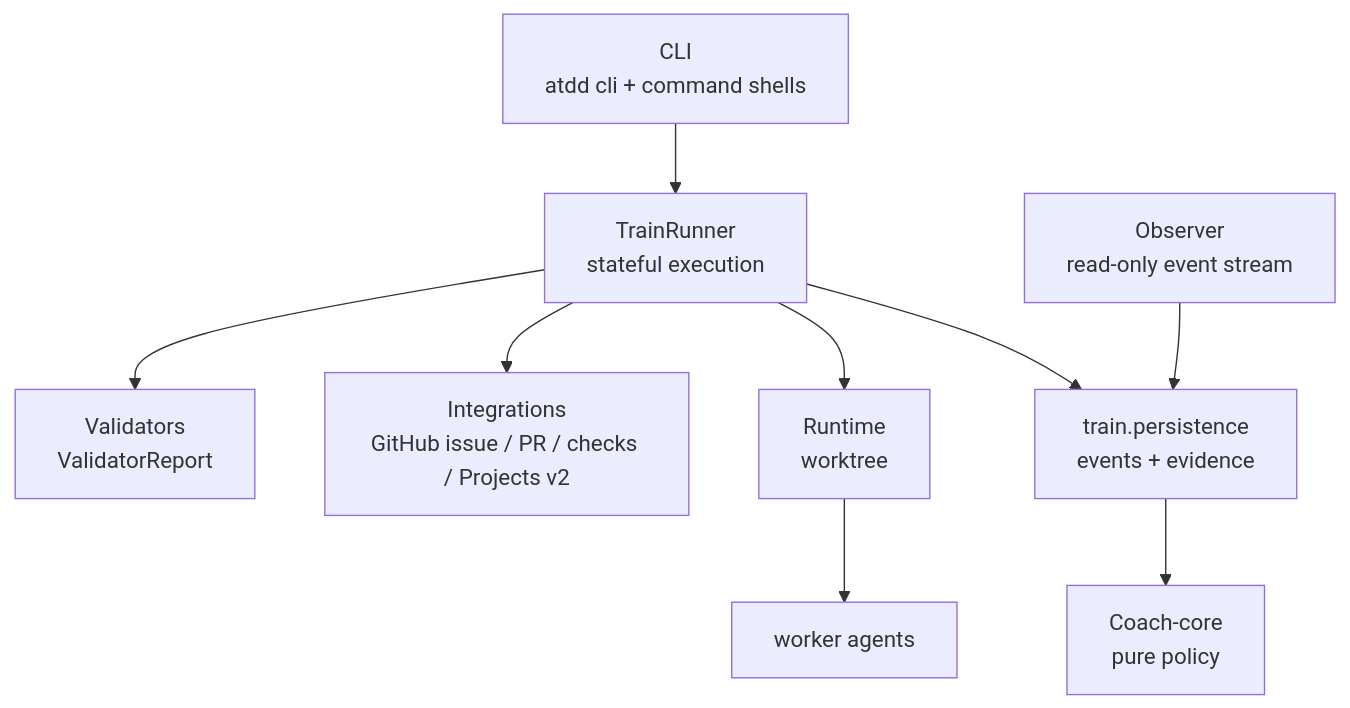
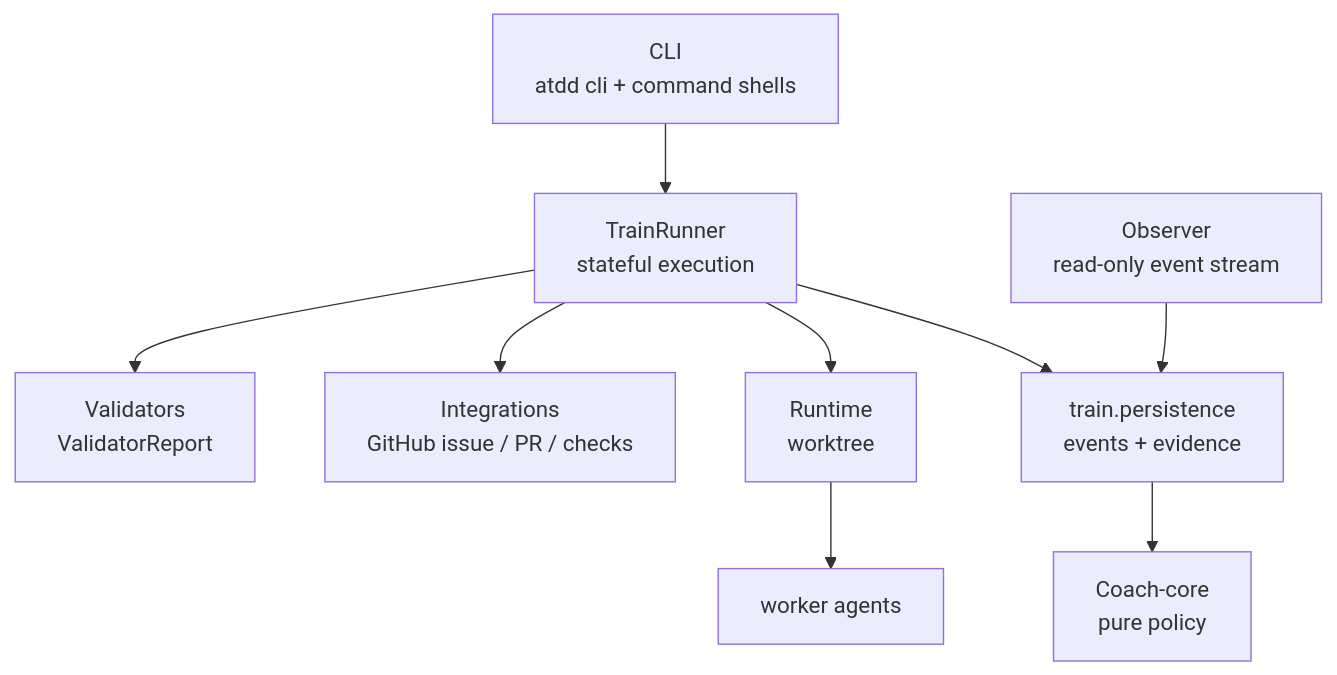
One commit to afokapu/atdd changed the third of 4 diagrams in README.md. Above: the diagram before and after it, drawn with Mermaid. The commit also changed other lines of this file and 7 other files, not shown here.

````diff
--- a/README.md
+++ b/README.md
@@ -417,11 +417,11 @@
 ```mermaid
 flowchart TB
     CLI[CLI<br/>atdd cli + command shells] --> TR[TrainRunner<br/>stateful execution]
     TR --> PERSIST[train.persistence<br/>events + evidence]
     PERSIST --> CORE[Coach-core<br/>pure policy]
     TR --> RUNTIME[Runtime<br/>worktree]
-    TR --> GH[Integrations<br/>GitHub issue / PR / checks / Projects v2]
+    TR --> GH[Integrations<br/>GitHub issue / PR / checks]
     TR --> VAL[Validators<br/>ValidatorReport]
     OBS[Observer<br/>read-only event stream] --> PERSIST
     RUNTIME --> AGENT[worker agents]
 ```
````
